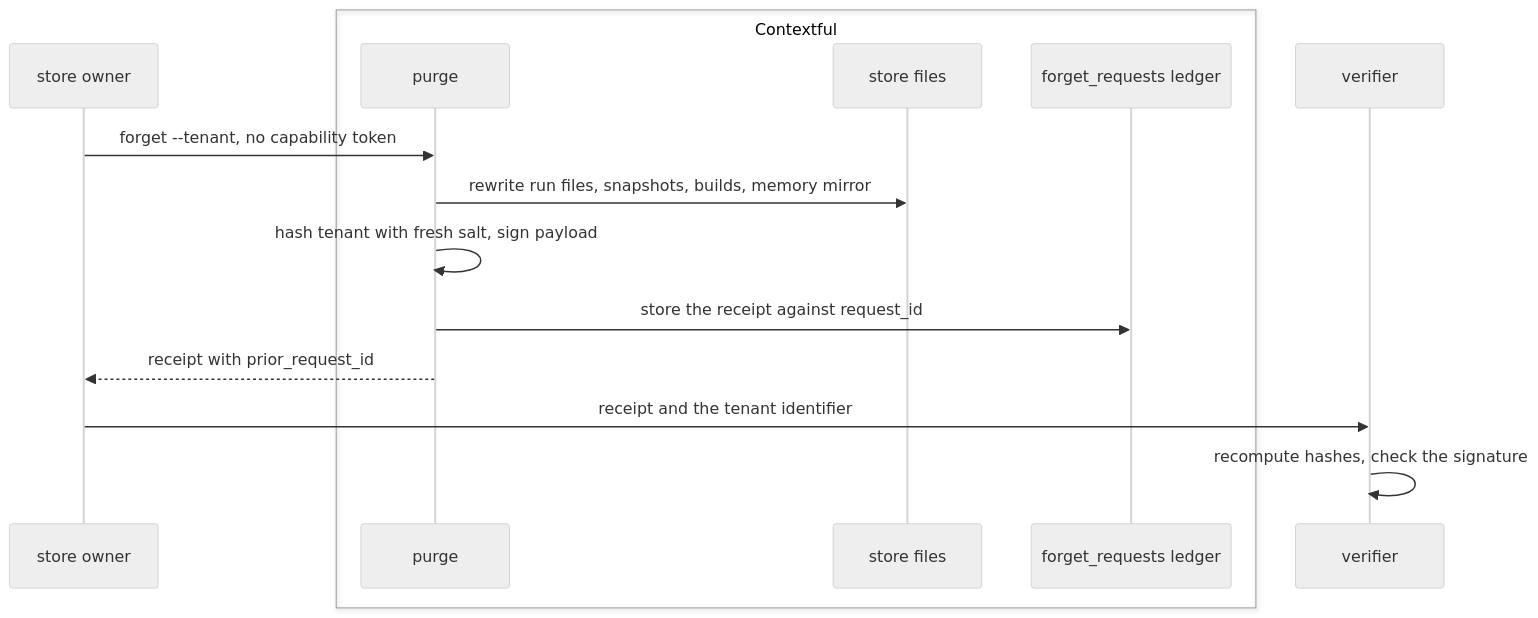
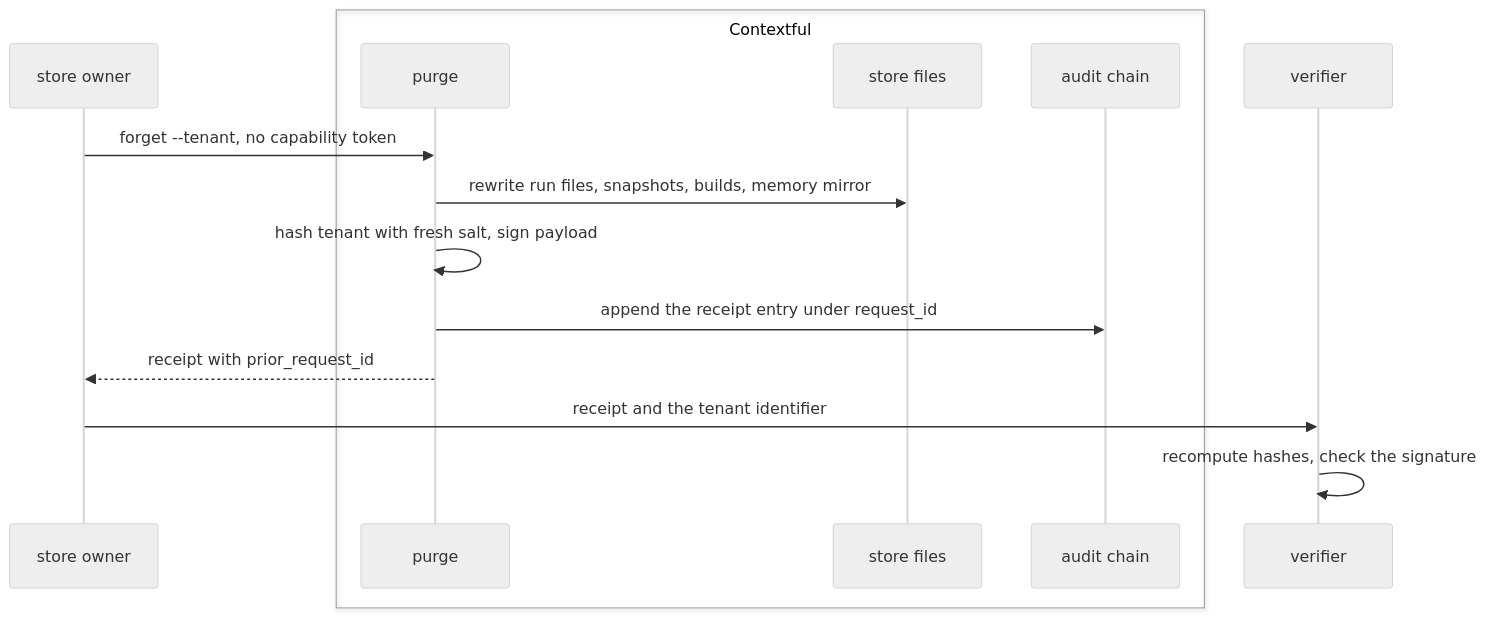
The fourth of 5 diagrams in spec/62-accountability.md (fractalboxdev/contextful), drawn with Mermaid (neutral theme) before and after one commit. The commit also changed other lines of this file and 8 other files, not shown here.

````diff
--- a/spec/62-accountability.md
+++ b/spec/62-accountability.md
@@ -289,17 +291,17 @@
 ```mermaid
 sequenceDiagram
     participant O as store owner
     box Contextful
         participant P as purge
         participant S as store files
-        participant L as forget_requests ledger
+        participant L as audit chain
     end
     participant V as verifier
     O->>P: forget --tenant, no capability token
     P->>S: rewrite run files, snapshots, builds, memory mirror
     P->>P: hash tenant with fresh salt, sign payload
-    P->>L: store the receipt against request_id
+    P->>L: append the receipt entry under request_id
     P-->>O: receipt with prior_request_id
     O->>V: receipt and the tenant identifier
     V->>V: recompute hashes, check the signature
 ```
````
